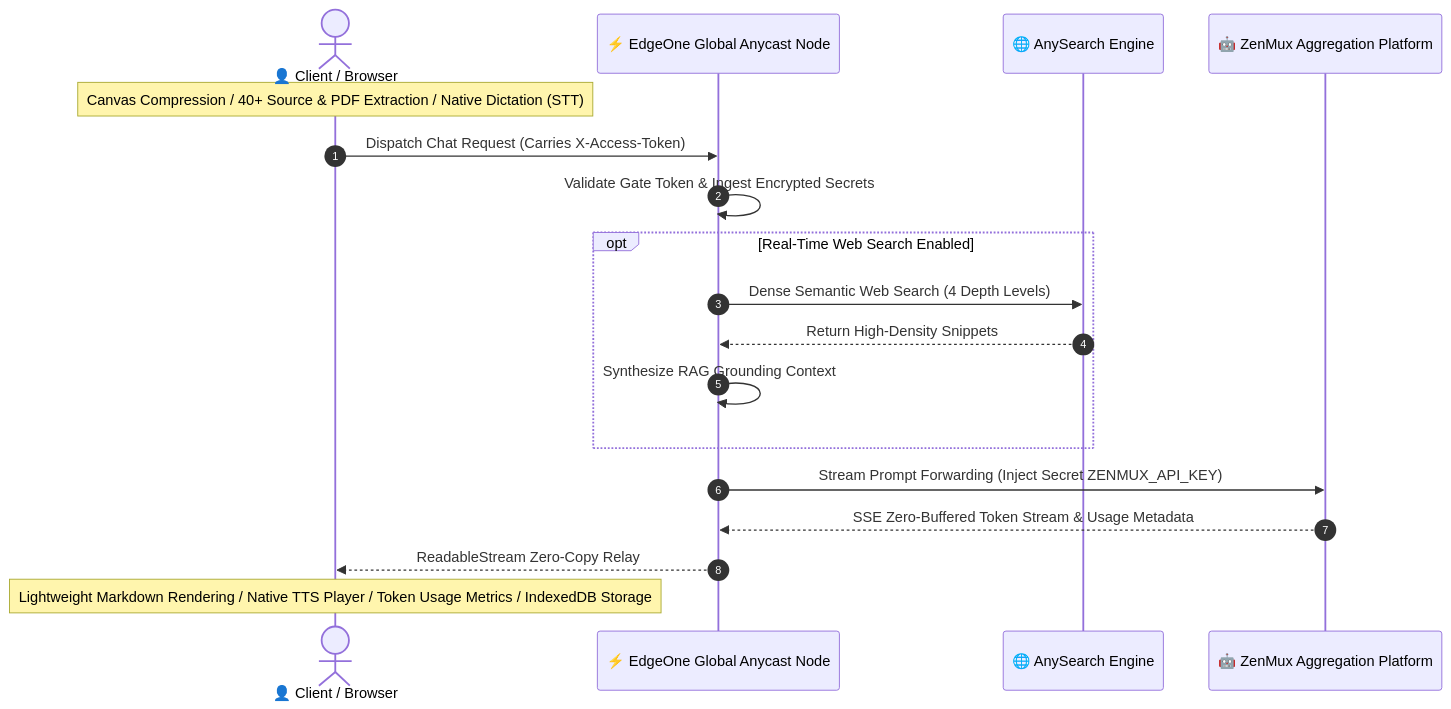
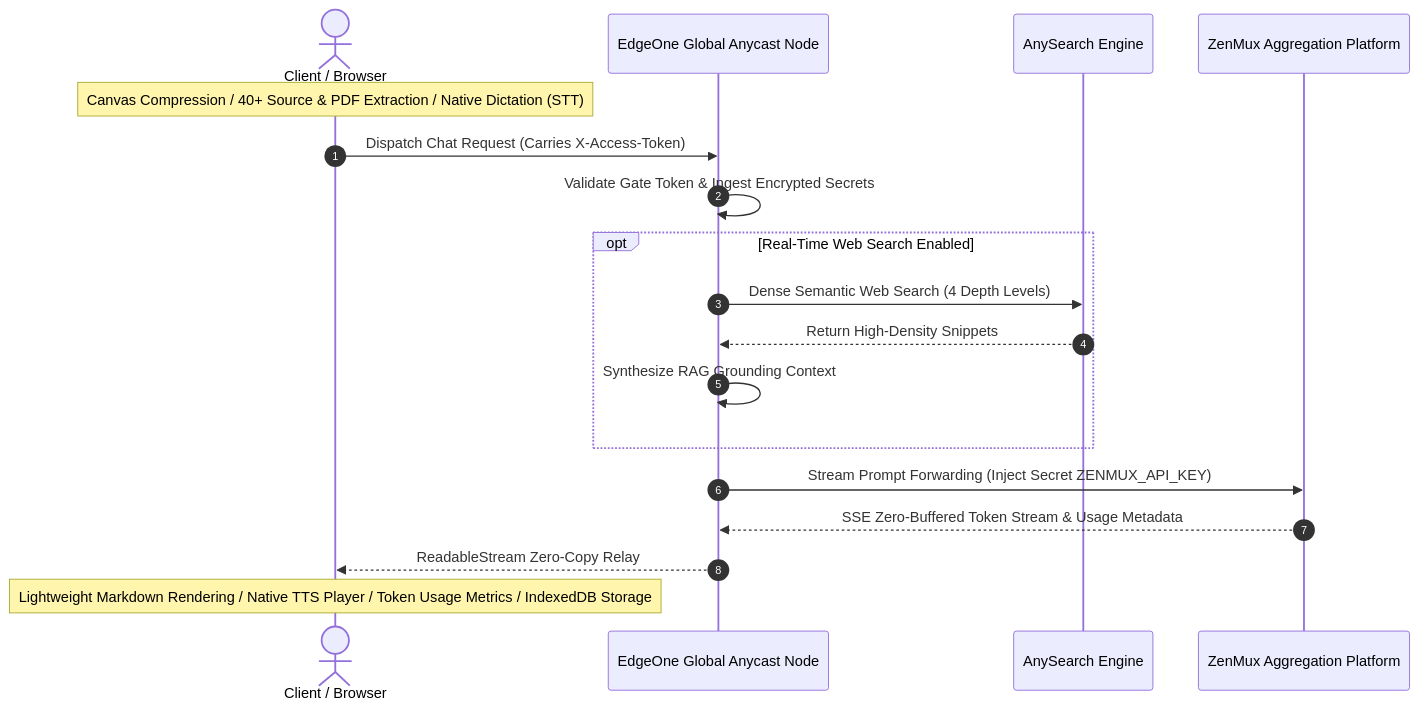
The first of 2 diagrams in README.md (xinasuka/zenmux-chat), drawn with Mermaid before and after one commit. The commit also changed other lines of this file, not shown here.

````diff
--- a/README.md
+++ b/README.md
@@ -16,21 +16,21 @@
 ```mermaid
 sequenceDiagram
     autonumber
-    actor User as 👤 Client / Browser
-    participant Edge as ⚡ EdgeOne Global Anycast Node
-    participant Search as 🌐 AnySearch Engine
-    participant ZenMux as 🤖 ZenMux Aggregation Platform
+    actor User as Client / Browser
+    participant Edge as EdgeOne Global Anycast Node
+    participant Search as AnySearch Engine
+    participant ZenMux as ZenMux Aggregation Platform
 
     Note over User: Canvas Compression / 40+ Source & PDF Extraction / Native Dictation (STT)
     User->>Edge: Dispatch Chat Request (Carries X-Access-Token)
     Edge->>Edge: Validate Gate Token & Ingest Encrypted Secrets
     opt Real-Time Web Search Enabled
         Edge->>Search: Dense Semantic Web Search (4 Depth Levels)
         Search-->>Edge: Return High-Density Snippets
         Edge->>Edge: Synthesize RAG Grounding Context
     end
     Edge->>ZenMux: Stream Prompt Forwarding (Inject Secret ZENMUX_API_KEY)
     ZenMux-->>Edge: SSE Zero-Buffered Token Stream & Usage Metadata
     Edge-->>User: ReadableStream Zero-Copy Relay
     Note over User: Lightweight Markdown Rendering / Native TTS Player / Token Usage Metrics / IndexedDB Storage
 ```
````
